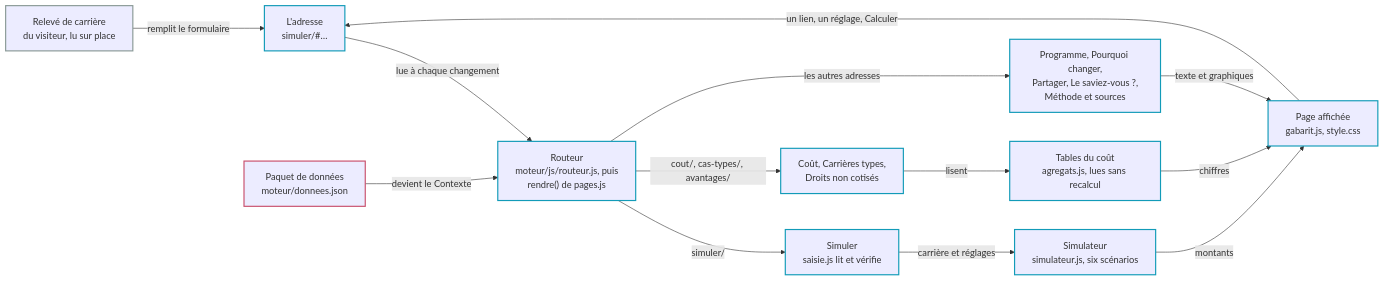
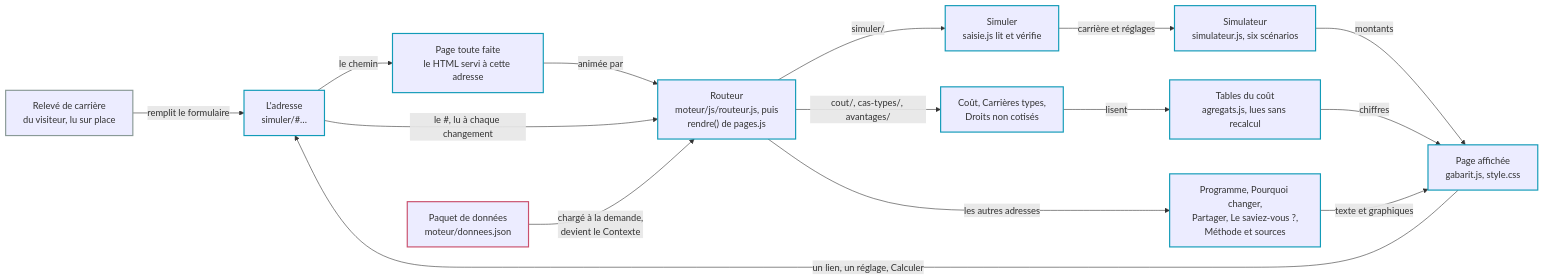
The second of 4 diagrams in docs/carte_du_depot.md (g-pliberal/retraitecomptenotionelle), drawn with Mermaid before and after one commit. The commit also changed other lines of this file and 36 other files, not shown here.

First line of the commit message:
Action 174, étape 4 (c) : chaque page écrite toute faite, animée sans moteur

````diff
--- a/docs/carte_du_depot.md
+++ b/docs/carte_du_depot.md
@@ -88,33 +91,36 @@
 ```mermaid
 flowchart LR
   adresse["L'adresse<br/>simuler/#…"]
+  faite["Page toute faite<br/>le HTML servi à cette adresse"]
   releve["Relevé de carrière<br/>du visiteur, lu sur place"]
   paquet["Paquet de données<br/>moteur/donnees.json"]
   routeur["Routeur<br/>moteur/js/routeur.js, puis<br/>rendre() de pages.js"]
   simuler["Simuler<br/>saisie.js lit et vérifie"]
   agregees["Coût, Carrières types,<br/>Droits non cotisés"]
   texte["Programme, Pourquoi changer,<br/>Partager, Le saviez-vous ?,<br/>Méthode et sources"]
   simulateur["Simulateur<br/>simulateur.js, six scénarios"]
   agregats["Tables du coût<br/>agregats.js, lues sans recalcul"]
   ecran["Page affichée<br/>gabarit.js, style.css"]
 
-  adresse -->|"lue à chaque changement"| routeur
-  paquet -->|"devient le Contexte"| routeur
+  adresse -->|"le chemin"| faite
+  faite -->|"animée par"| routeur
+  adresse -->|"le #, lu à chaque changement"| routeur
+  paquet -->|"chargé à la demande,<br/>devient le Contexte"| routeur
   routeur -->|"simuler/"| simuler
   routeur -->|"cout/, cas-types/, avantages/"| agregees
   routeur -->|"les autres adresses"| texte
   simuler -->|"carrière et réglages"| simulateur
   agregees -->|"lisent"| agregats
   simulateur -->|"montants"| ecran
   agregats -->|"chiffres"| ecran
   texte -->|"texte et graphiques"| ecran
   releve -->|"remplit le formulaire"| adresse
   ecran -->|"un lien, un réglage, Calculer"| adresse
 
   classDef z_dehors stroke:#8a9a97,stroke-width:2px
   classDef z_site stroke:#129bb8,stroke-width:2px
   classDef z_atelier stroke:#c9506d,stroke-width:2px
   class releve z_dehors
   class paquet z_atelier
-  class adresse,routeur,simuler,agregees,texte,simulateur,agregats,ecran z_site
+  class adresse,faite,routeur,simuler,agregees,texte,simulateur,agregats,ecran z_site
 ```
````
